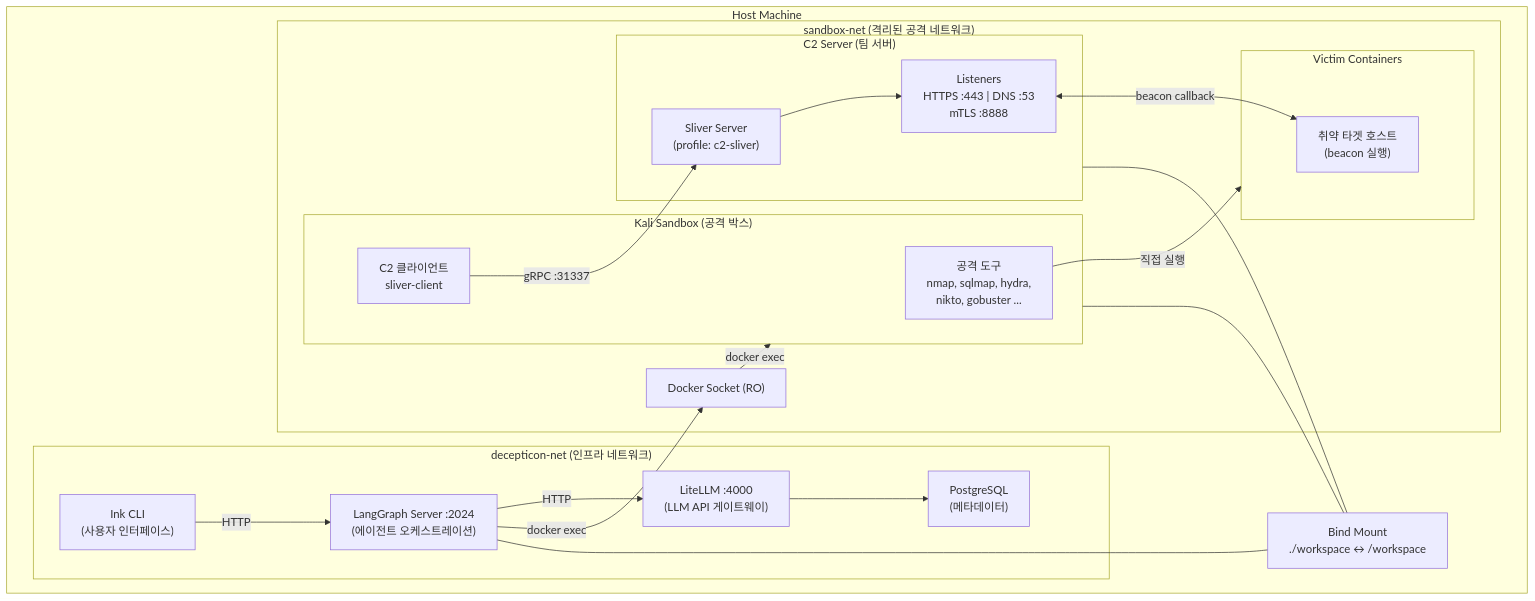
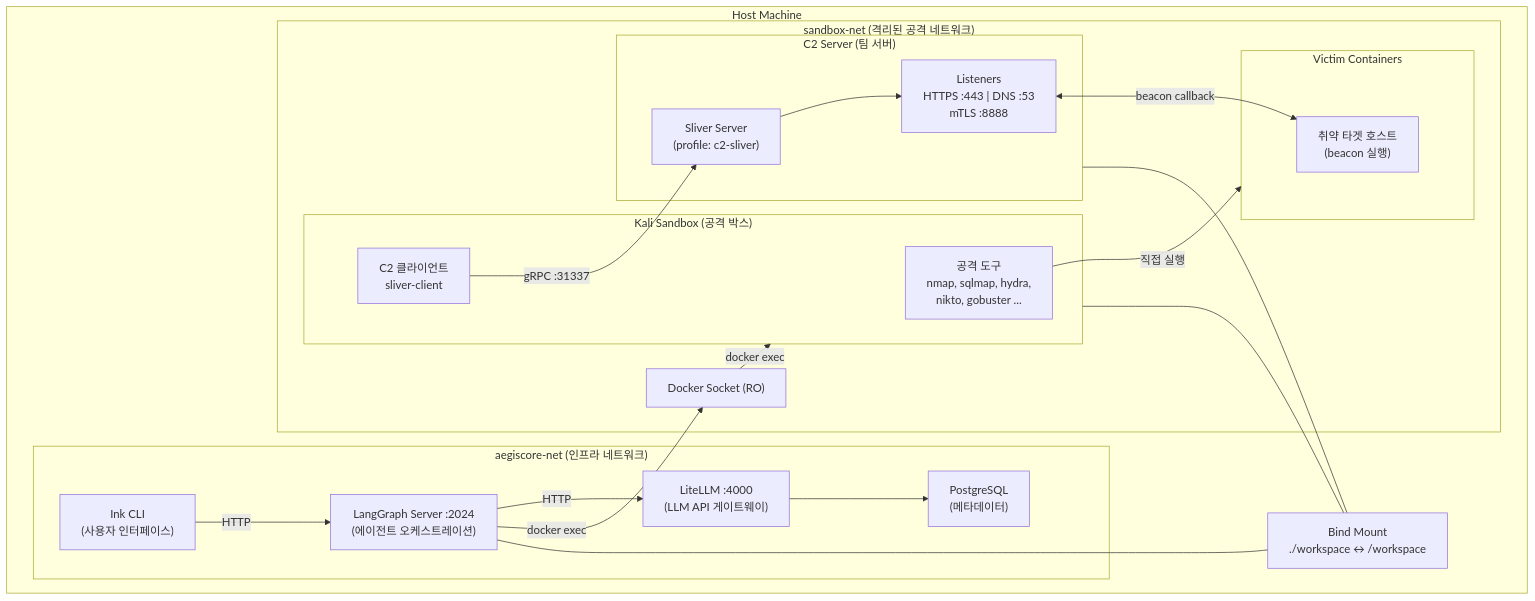
Before and after one commit to karishmaram-tech/AegisCore: the second of 12 diagrams in docs/architecture/red-team-infrastructure.md, drawn with Mermaid. The commit also changed other lines of this file and 236 other files, not shown here.

````diff
--- a/docs/architecture/red-team-infrastructure.md
+++ b/docs/architecture/red-team-infrastructure.md
@@ -98,46 +98,46 @@
 ```mermaid
 graph TB
     subgraph HostMachine["Host Machine"]
 
-        subgraph DecepticonNet["decepticon-net (인프라 네트워크)"]
+        subgraph DecepticonNet["aegiscore-net (인프라 네트워크)"]
             CLI["Ink CLI<br/>(사용자 인터페이스)"]
             LG["LangGraph Server :2024<br/>(에이전트 오케스트레이션)"]
             LLM["LiteLLM :4000<br/>(LLM API 게이트웨이)"]
             PG["PostgreSQL<br/>(메타데이터)"]
 
             CLI -->|HTTP| LG
             LG -->|HTTP| LLM
             LLM --> PG
         end
 
         SOCK["Docker Socket (RO)"]
         LG -->|docker exec| SOCK
 
         subgraph SandboxNet["sandbox-net (격리된 공격 네트워크)"]
             subgraph Kali["Kali Sandbox (공격 박스)"]
                 TOOLS["공격 도구<br/>nmap, sqlmap, hydra,<br/>nikto, gobuster ..."]
                 CLIENT["C2 클라이언트<br/>sliver-client"]
             end
 
             subgraph C2["C2 Server (팀 서버)"]
                 C2_ENGINE["Sliver Server<br/>(profile: c2-sliver)"]
                 LISTENER["Listeners<br/>HTTPS :443 | DNS :53<br/>mTLS :8888"]
                 C2_ENGINE --> LISTENER
             end
 
             subgraph Targets["Victim Containers"]
                 TARGET["취약 타겟 호스트<br/>(beacon 실행)"]
             end
 
             SOCK -->|docker exec| Kali
             CLIENT -->|gRPC :31337| C2_ENGINE
             TOOLS -->|직접 실행| Targets
             LISTENER <-->|beacon callback| TARGET
         end
 
         WS["Bind Mount<br/>./workspace ↔ /workspace"]
         Kali --- WS
         C2 --- WS
         LG --- WS
     end
 ```
````
